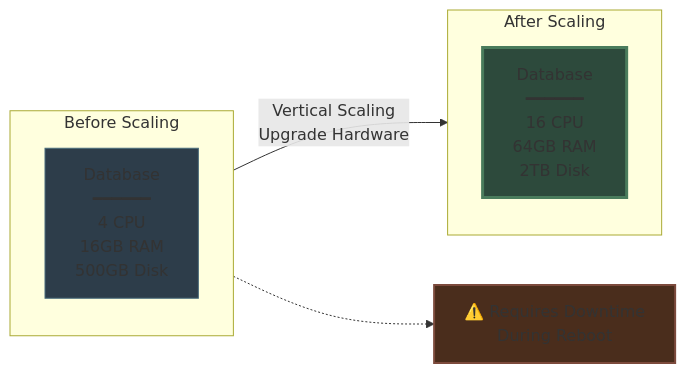
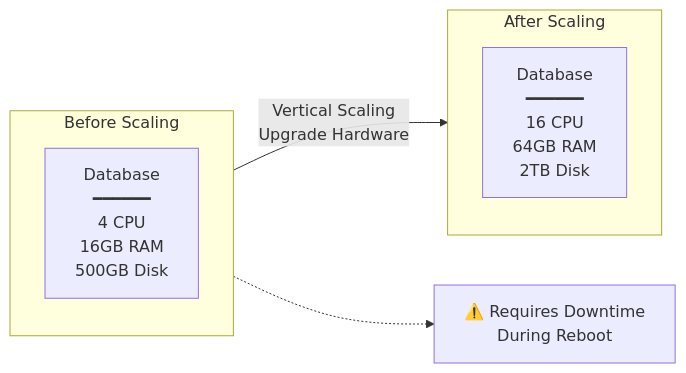
The third of 19 diagrams in system design beginner/7. Scaling Databases.md (Yash-Kavaiya/The-System-Design-Masterclass), drawn with Mermaid before and after one commit. The commit also changed other lines of this file, not shown here.

````diff
--- a/system design beginner/7. Scaling Databases.md
+++ b/system design beginner/7. Scaling Databases.md
@@ -68,20 +57,17 @@
 ```mermaid
 graph LR
     subgraph Before["Before Scaling"]
         DB1[Database<br/>━━━━━━<br/>4 CPU<br/>16GB RAM<br/>500GB Disk]
     end
     
     subgraph After["After Scaling"]
         DB2[Database<br/>━━━━━━<br/>16 CPU<br/>64GB RAM<br/>2TB Disk]
     end
     
     Before -->|Vertical Scaling<br/>Upgrade Hardware| After
     
     DOWNTIME[⚠️ Requires Downtime<br/>During Reboot]
     
     Before -.-> DOWNTIME
     
-    style DB1 fill:#2d3d4a,stroke:#4a6d7c
-    style DB2 fill:#2d4a3c,stroke:#4a7c5c,stroke-width:3px
-    style DOWNTIME fill:#4a2d1c,stroke:#7c4a3c,stroke-width:2px
 ```
````
